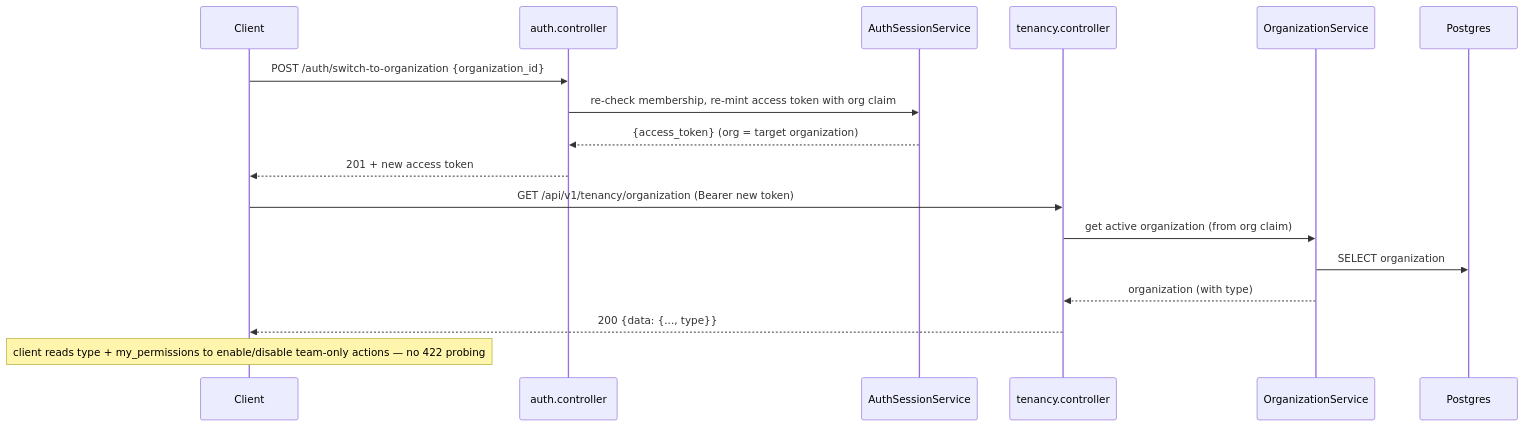
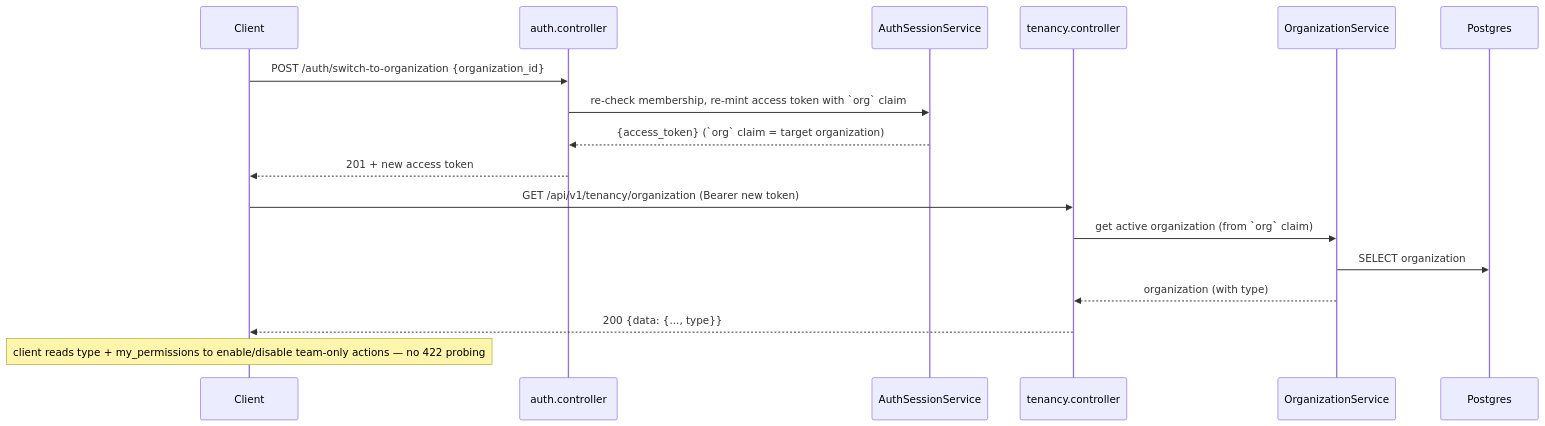
Before and after one commit to Albetrios/core-be: the third of 6 diagrams in src/FLOWS.md, drawn with Mermaid. The commit also changed other lines of this file and 468 other files, not shown here.

````diff
--- a/src/FLOWS.md
+++ b/src/FLOWS.md
@@ -130,19 +130,19 @@
 ```mermaid
 sequenceDiagram
   participant Client
   participant Auth as auth.controller
   participant Sess as AuthSessionService
   participant Tenancy as tenancy.controller
   participant Org as OrganizationService
   participant DB as Postgres
   Client->>Auth: POST /auth/switch-to-organization {organization_id}
-  Auth->>Sess: re-check membership, re-mint access token with org claim
-  Sess-->>Auth: {access_token} (org = target organization)
+  Auth->>Sess: re-check membership, re-mint access token with `org` claim
+  Sess-->>Auth: {access_token} (`org` claim = target organization)
   Auth-->>Client: 201 + new access token
   Client->>Tenancy: GET /api/v1/tenancy/organization (Bearer new token)
-  Tenancy->>Org: get active organization (from org claim)
+  Tenancy->>Org: get active organization (from `org` claim)
   Org->>DB: SELECT organization
   Org-->>Tenancy: organization (with type)
   Tenancy-->>Client: 200 {data: {..., type}}
   Note over Client: client reads type + my_permissions to enable/disable team-only actions — no 422 probing
 ```
````
